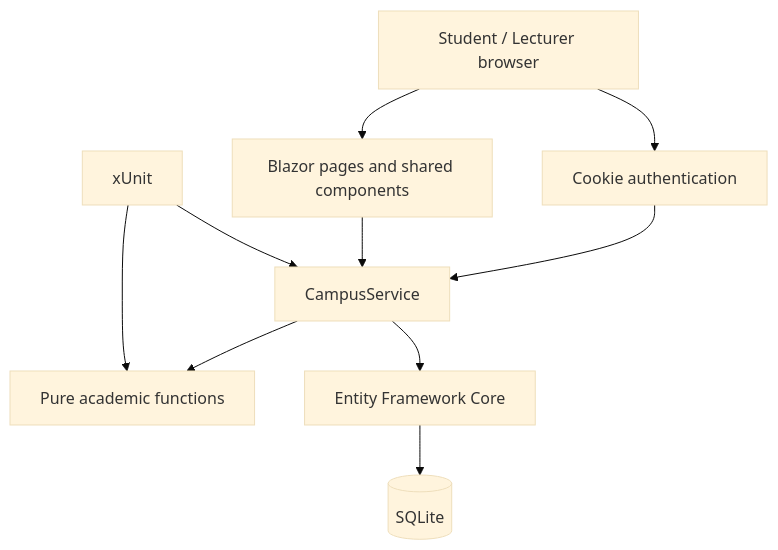
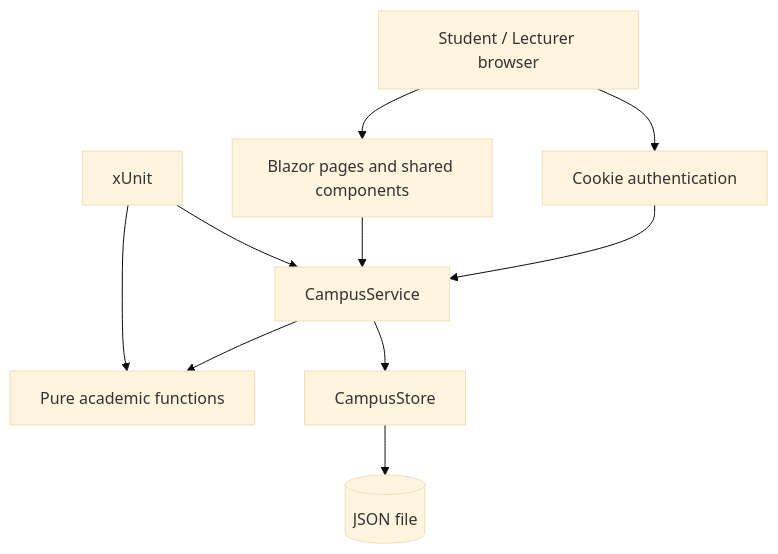
One commit to N29dev/StudentHub changed the first of 2 diagrams in docs/defense.md. Above: the diagram before and after it, drawn with Mermaid (base theme). The commit also changed other lines of this file and 9 other files, not shown here.

Commit message:
Replace SQLite and EF Core with dependency-free JSON storage

````diff
--- a/docs/defense.md
+++ b/docs/defense.md
@@ -15,12 +15,12 @@
 ```mermaid
 flowchart TD
     Browser[Student / Lecturer browser] --> Auth[Cookie authentication]
     Browser --> UI[Blazor pages and shared components]
     Auth --> Service[CampusService]
     UI --> Service
     Service --> Core[Pure academic functions]
-    Service --> EF[Entity Framework Core]
-    EF --> SQLite[(SQLite)]
+    Service --> Store[CampusStore]
+    Store --> JSON[(JSON file)]
     Tests[xUnit] --> Core
     Tests --> Service
 ```
````
